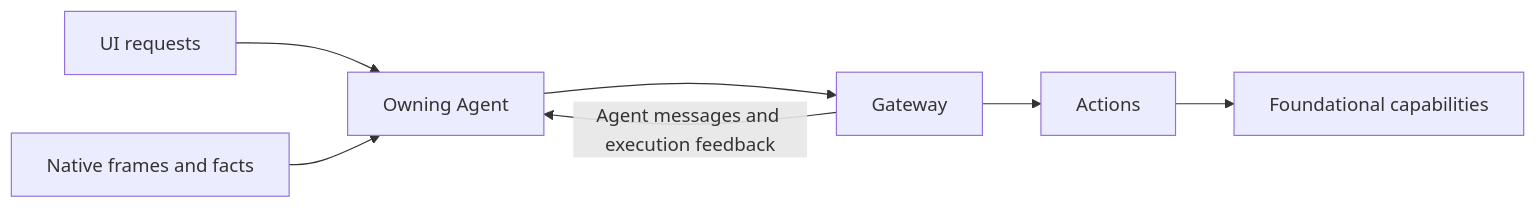
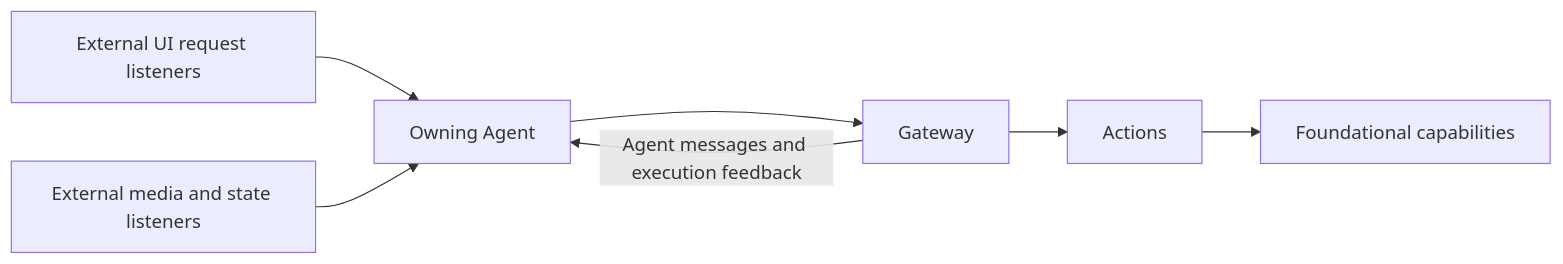
One commit to devilyouwei/MobileHarness changed the diagram in docs/Architecture.md. Above: the diagram before and after it, drawn with Mermaid. The commit also changed other lines of this file and 246 other files, not shown here.

First line of the commit message:
feat: redesign external Signal listeners and route memory warnings through PlatformKit

````diff
--- a/docs/Architecture.md
+++ b/docs/Architecture.md
@@ -5,9 +5,9 @@
 ```mermaid
 flowchart LR
- UI[UI requests] --> A[Owning Agent]
- Native[Native frames and facts] --> A
+ UI[External UI request listeners] --> A[Owning Agent]
+ Native[External media and state listeners] --> A
  A --> G[Gateway]
  G --> F[Actions]
  F --> Base[Foundational capabilities]
  G -->|Agent messages and execution feedback| A
 ```
````
